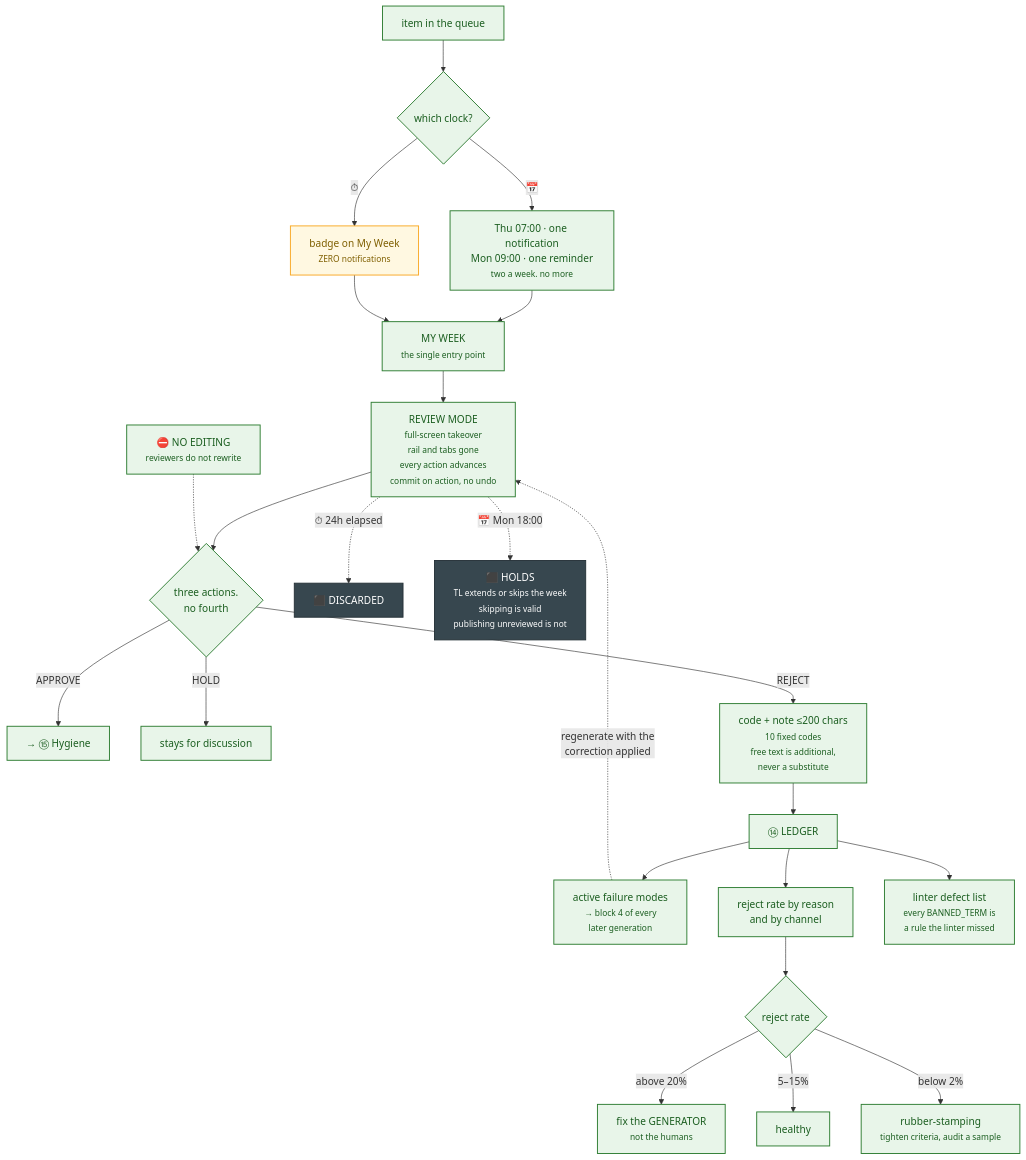
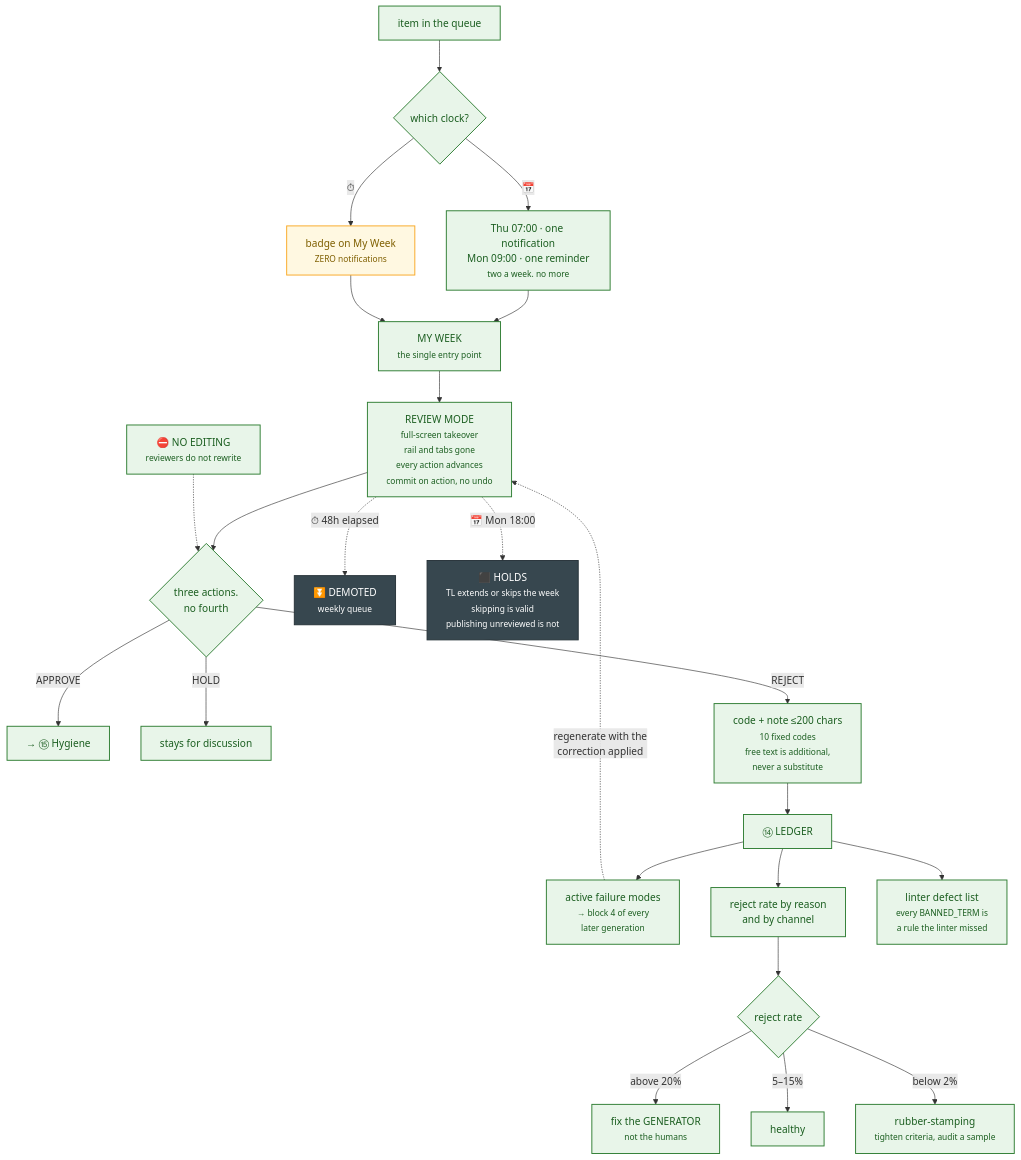
The eighth of 24 diagrams in docs/gtm/content-engine-flowchart.md (rathishreya/Caspr), drawn with Mermaid before and after one commit. The commit also changed other lines of this file and 30 other files, not shown here.

````diff
--- a/docs/gtm/content-engine-flowchart.md
+++ b/docs/gtm/content-engine-flowchart.md
@@ -510,40 +510,40 @@
 ```mermaid
 flowchart TD
     Q["item in the queue"] --> ENTRY{"which clock?"}
     ENTRY -->|"📅"| N1["Thu 07:00 · one notification<br/>Mon 09:00 · one reminder<br/><small>two a week. no more</small>"]
     ENTRY -->|"⏱"| N2["badge on My Week<br/><small>ZERO notifications</small>"]
 
     N1 --> MW["MY WEEK<br/><small>the single entry point</small>"]
     N2 --> MW
     MW --> RM["REVIEW MODE<br/><small>full-screen takeover<br/>rail and tabs gone<br/>every action advances<br/>commit on action, no undo</small>"]
 
     RM --> ACT{"three actions.<br/>no fourth"}
     ACT -->|"APPROVE"| AP["→ ⑮ Hygiene"]
     ACT -->|"HOLD"| HD["stays for discussion"]
     ACT -->|"REJECT"| RJ
 
     RJ["code + note ≤200 chars<br/><small>10 fixed codes<br/>free text is additional,<br/>never a substitute</small>"]
     RJ --> LG["⑭ LEDGER"]
 
     LG --> M1["active failure modes<br/><small>→ block 4 of every<br/>later generation</small>"]
     LG --> M2["reject rate by reason<br/>and by channel"]
     LG --> M3["linter defect list<br/><small>every BANNED_TERM is<br/>a rule the linter missed</small>"]
 
     M1 -.->|"regenerate with the<br/>correction applied"| RM
     M2 --> HEALTH{"reject rate"}
     HEALTH -->|"above 20%"| H1["fix the GENERATOR<br/><small>not the humans</small>"]
     HEALTH -->|"5–15%"| H2["healthy"]
     HEALTH -->|"below 2%"| H3["rubber-stamping<br/><small>tighten criteria, audit a sample</small>"]
 
-    RM -.->|"⏱ 24h elapsed"| EX["⬛ DISCARDED"]
+    RM -.->|"⏱ 48h elapsed"| EX["⏬ DEMOTED<br/><small>weekly queue</small>"]
     RM -.->|"📅 Mon 18:00"| HO["⬛ HOLDS<br/><small>TL extends or skips the week<br/>skipping is valid<br/>publishing unreviewed is not</small>"]
 
     NOEDIT["⛔ NO EDITING<br/><small>reviewers do not rewrite</small>"] -.-> ACT
 
     classDef joy fill:#e8f5e9,stroke:#2e7d32,stroke-width:1.5px,color:#1b5e20
     classDef new fill:#fff8e1,stroke:#f9a825,stroke-width:1.5px,color:#7f5f00
     classDef stop fill:#37474f,stroke:#263238,stroke-width:1.5px,color:#ffffff
     class Q,ENTRY,N1,MW,RM,ACT,AP,HD,RJ,LG,M1,M2,M3,HEALTH,H1,H2,H3,NOEDIT joy
     class N2 new
     class EX,HO stop
 ```
````
